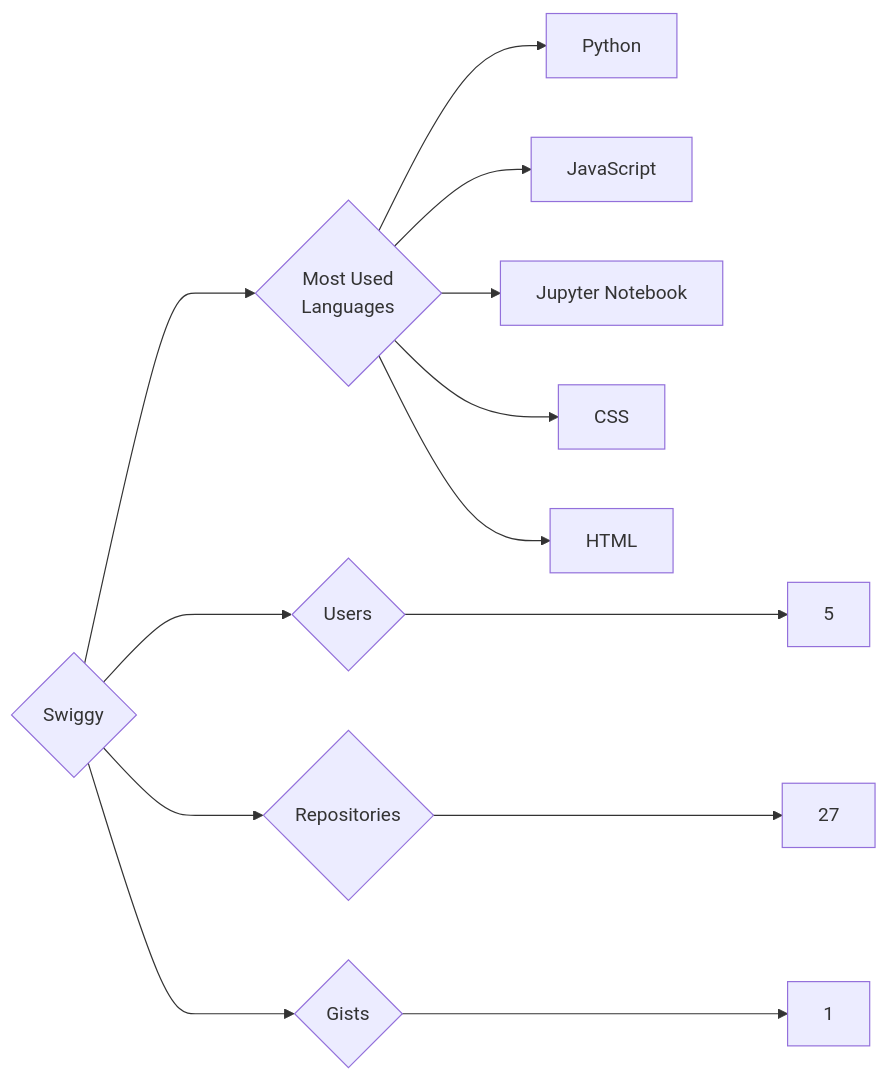
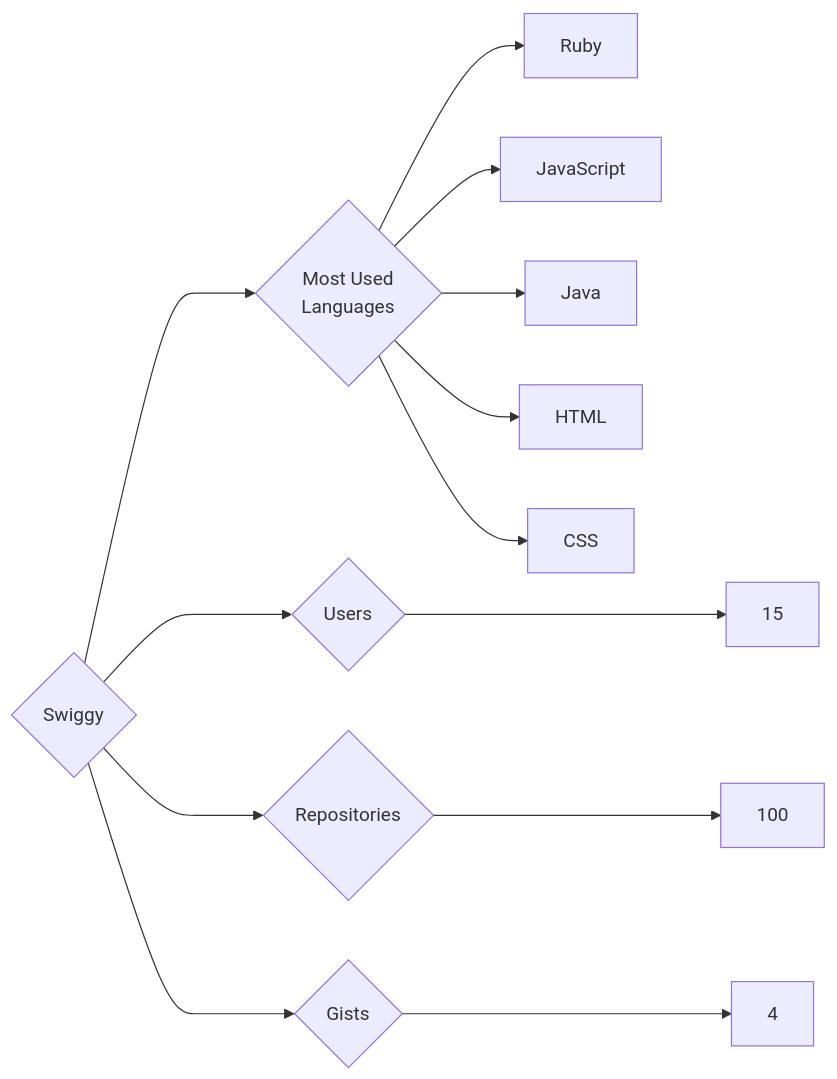
Before and after one commit to trickest/insiders: the diagram in targets/Swiggy/README.md, drawn with Mermaid. The commit also changed 797 other files, not shown here.

````diff
--- a/targets/Swiggy/README.md
+++ b/targets/Swiggy/README.md
@@ -3,13 +3,13 @@
 ```mermaid
 graph LR
 COMPANY_NAME{Swiggy}
-COMPANY_NAME ---> U{Users} ---> UN[5]
-COMPANY_NAME ---> R{Repositories} ---> RN[27]
-COMPANY_NAME ---> G{Gists} ---> GN[1]
+COMPANY_NAME ---> U{Users} ---> UN[15]
+COMPANY_NAME ---> R{Repositories} ---> RN[100]
+COMPANY_NAME ---> G{Gists} ---> GN[4]
 COMPANY_NAME ---> ML{Most Used<br>Languages}
-ML --> Python[Python]
+ML --> Ruby[Ruby]
 ML --> JavaScript[JavaScript]
-ML --> Jupyter_Notebook[Jupyter Notebook]
+ML --> Java[Java]
+ML --> HTML[HTML]
 ML --> CSS[CSS]
-ML --> HTML[HTML]
 ```
````
